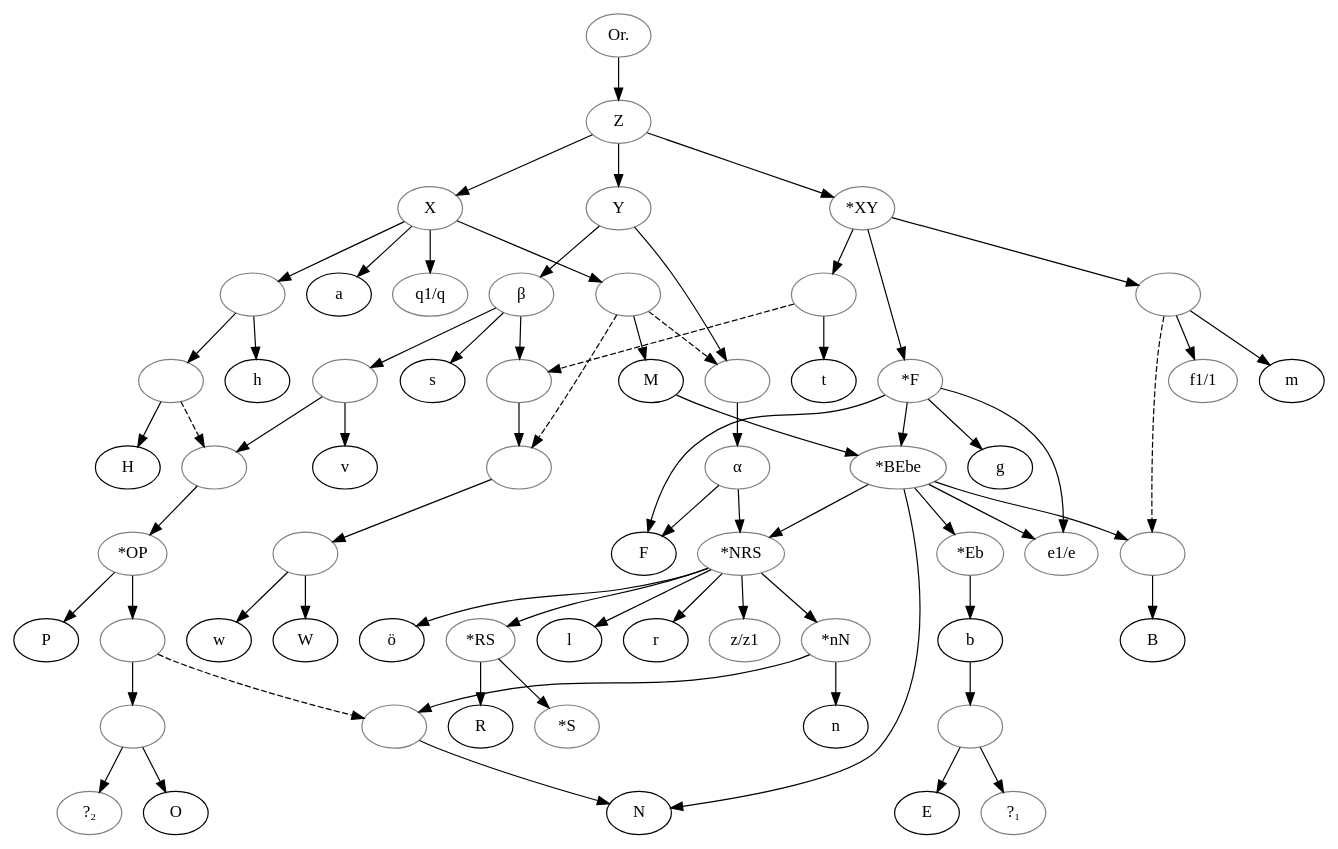
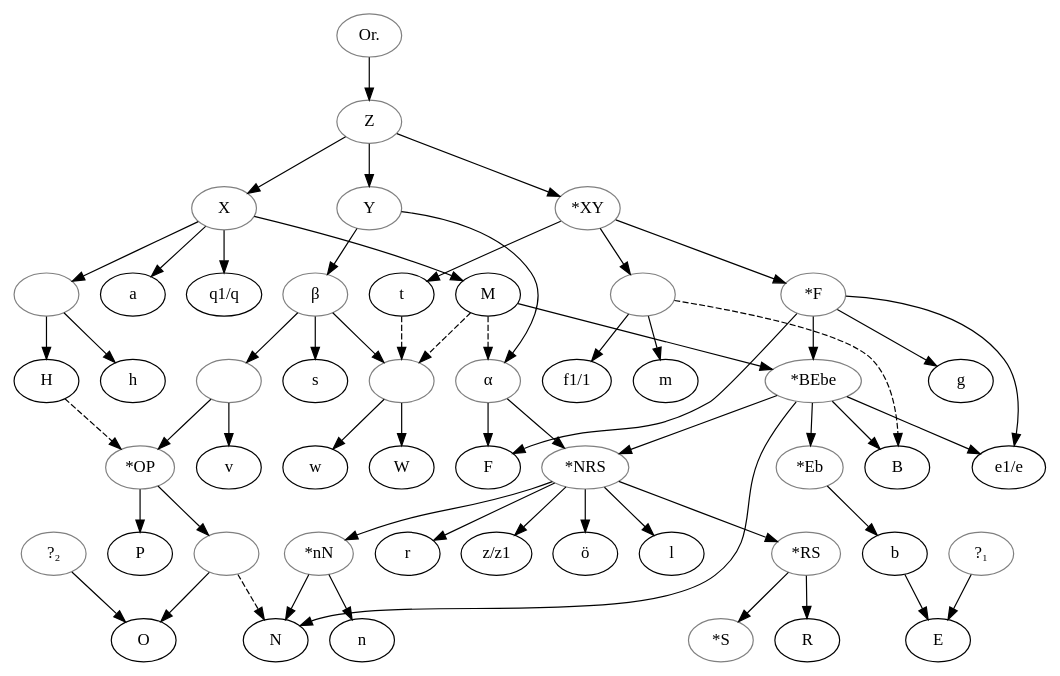
The diagram in data/gmh/Wetzel_1992_Tristan/stemma.gv (OpenStemmata/database), drawn with Graphviz before and after one commit.

Commit message:
Tristan mit Korrektur der Kontaminationen

```diff
--- a/data/gmh/Wetzel_1992_Tristan/stemma.gv
+++ b/data/gmh/Wetzel_1992_Tristan/stemma.gv
@@ -1,173 +1,137 @@
-
 
 digraph {
 
     original[color="grey", label="Or."]
     archetyp[color="grey", label=Z]
-    X[color="grey", label=X]
+    X[color="grey"]
     starXY[color="grey", label="*XY"]
-    Y[color="grey", label="Y"]
+    Y[color="grey"]
     1[color="grey", label=""]
     a
-    q1slashq[color="grey", label="q1/q"]
+    q1slashq[label="q1/q"]
     M
     H
     h
     2[color="grey", label=""]
     m
-    f1slashf[color="grey", label="f1/1"]
+    f1slashf[label="f1/1"]
     starF[color="grey", label="*F"]
     t
     alpha[color="grey", label="α"]
     beta[color="grey", label="β"]
     starBEbe[color="grey", label="*BEbe"]
     B
     starEb[color="grey", label="*Eb"]
     b
     E
     questionprime[color="grey", label="?₁"]
-    3[color="grey", label=""]
-    e1slashe[color="grey", label="e1/e"]
+    e1slashe[label="e1/e"]
     N
     F
     starNRS[color="grey", label="*NRS"]
     g
     starnN[color="grey", label="*nN"]
     l
     r
-    zslashz1[color="grey", label="z/z1"]
+    zslashz1[label="z/z1"]
     oe[label="ö"]
     starRS[color="grey", label="*RS"]
     n
     R
     starS[color="grey", label="*S"]
     4[color="grey", label=""]
     s
     5[color="grey", label=""]
     w
     W
     v
     starOP[color="grey", label="*OP"]
-    6[color="grey", label=""]
     O
     P
     questionsec[color="grey", label="?₂"]
-    100[color="grey", label=""]
-    101[color="grey", label=""]
-    102[color="grey", label=""]
-    103[color="grey", label=""]
-    104[color="grey", label=""]
-    105[color="grey", label=""]
-    106[color="grey", label=""]
-    107[color="grey", label=""]
     108[color="grey", label=""]
-    109[color="grey", label=""]
     
 
    original -> archetyp
    archetyp -> X
    archetyp -> starXY
    archetyp -> Y
 
    X -> 1
    X -> a
    X -> q1slashq
-   X -> 102
+   X -> M
 
-   102 -> M
-
-   1 -> 100
+   1 -> H
    1 -> h
-
-   100 -> H
    
    starXY -> 2
    starXY -> starF
-   starXY -> 106
-
-   106 -> t
+   starXY -> t
    
    2 -> m
    2 -> f1slashf
 
    Y -> beta
-   Y -> 103
-
-   103 -> alpha
+   Y -> alpha
 
    M -> starBEbe
 
    starF -> starBEbe
    starF -> e1slashe
    starF -> F
    starF -> g
 
    starBEbe -> starEb
    starBEbe -> e1slashe
    starBEbe -> N
    starBEbe -> starNRS
-   starBEbe -> 105
-
-   105 -> B
+   starBEbe -> B
 
    starEb -> b
 
-   b -> 3
+   b -> E
 
-   3 -> questionprime
-   3 -> E
+   questionprime -> E
 
    alpha -> F 
    alpha -> starNRS
 
    starNRS -> starnN
    starNRS -> l
    starNRS -> r
    starNRS -> zslashz1
    starNRS -> oe
    starNRS -> starRS
 
    starnN -> n
-   starnN -> 109
-
-   109 -> N
+   starnN -> N
 
    starRS -> R
    starRS -> starS
 
    beta -> s
    beta -> 5
-   beta -> 107
-
-   107 -> 104
-
-   104 -> 4
+   beta -> 4
 
    4 -> w
    4 -> W
 
    5 -> v
-   5 -> 101
-
-   101 -> starOP
+   5 -> starOP
 
    starOP -> P
    starOP -> 108
 
-   108 -> 6
+   108 -> O
 
-   6 -> questionsec
-   6 -> O
+   questionsec -> O
 
-
-   100 -> 101 [style="dashed"]
-   102 -> 103 [style="dashed"]
-   102 -> 104 [style="dashed"]
-   2 -> 105 [style="dashed"]
-
-
-
-   106 -> 107 [style="dashed"]
-   108 -> 109 [style="dashed"]
+   H -> starOP [style="dashed"]
+   M -> alpha [style="dashed"]
+   M -> 4 [style="dashed"]
+   2 -> B [style="dashed"]
+   t -> 4 [style="dashed"]
+   108 -> N [style="dashed"]
 
 }
```
